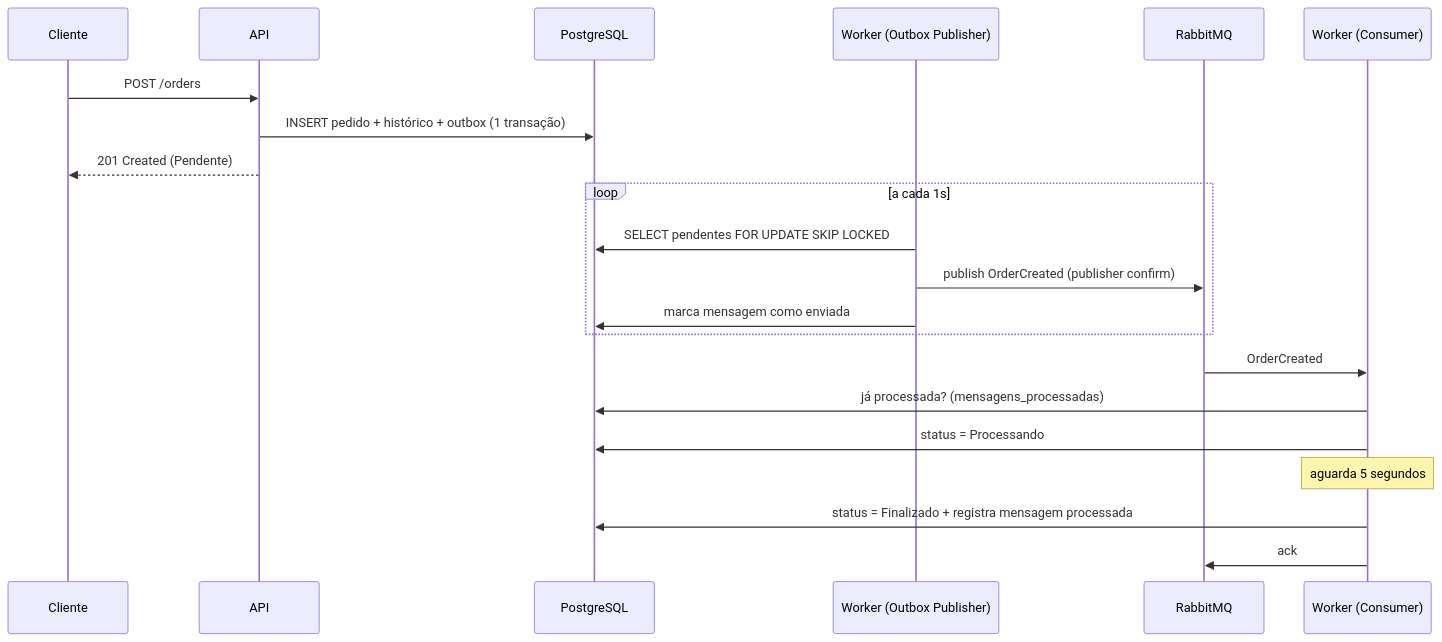
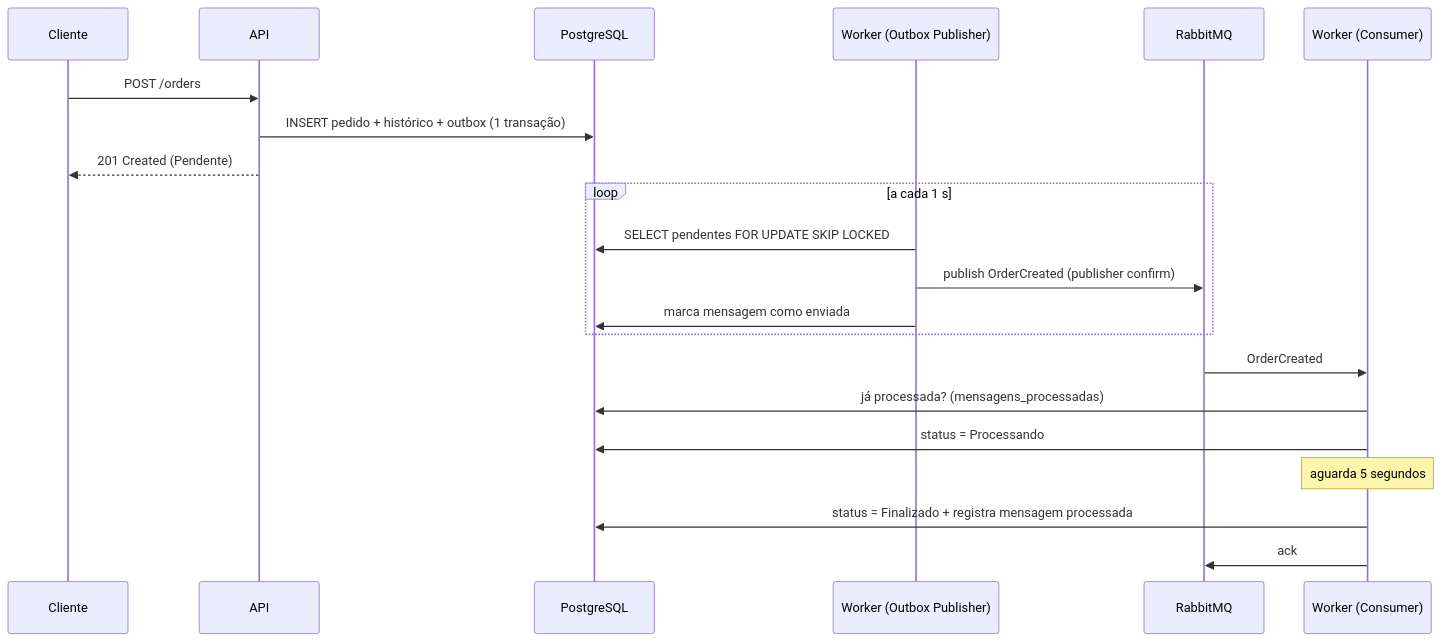
Before and after one commit to marcusguarani/tmb-orders: the second of 4 diagrams in README.md, drawn with Mermaid. The commit also changed other lines of this file and 11 other files, not shown here.

````diff
--- a/README.md
+++ b/README.md
@@ -98,24 +178,24 @@
 ```mermaid
 sequenceDiagram
     participant C as Cliente
     participant API
     participant DB as PostgreSQL
     participant P as Worker (Outbox Publisher)
     participant MQ as RabbitMQ
     participant W as Worker (Consumer)
 
     C->>API: POST /orders
     API->>DB: INSERT pedido + histórico + outbox (1 transação)
     API-->>C: 201 Created (Pendente)
-    loop a cada 1s
+    loop a cada 1 s
         P->>DB: SELECT pendentes FOR UPDATE SKIP LOCKED
         P->>MQ: publish OrderCreated (publisher confirm)
         P->>DB: marca mensagem como enviada
     end
     MQ->>W: OrderCreated
     W->>DB: já processada? (mensagens_processadas)
     W->>DB: status = Processando
     Note over W: aguarda 5 segundos
     W->>DB: status = Finalizado + registra mensagem processada
     W->>MQ: ack
 ```
````
